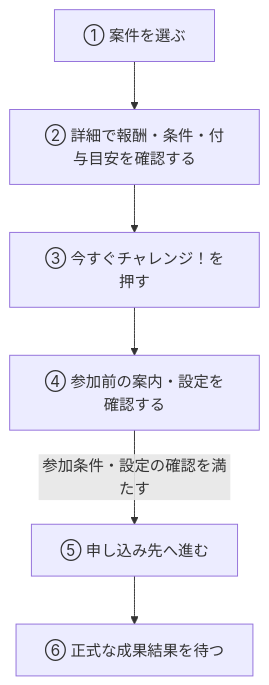
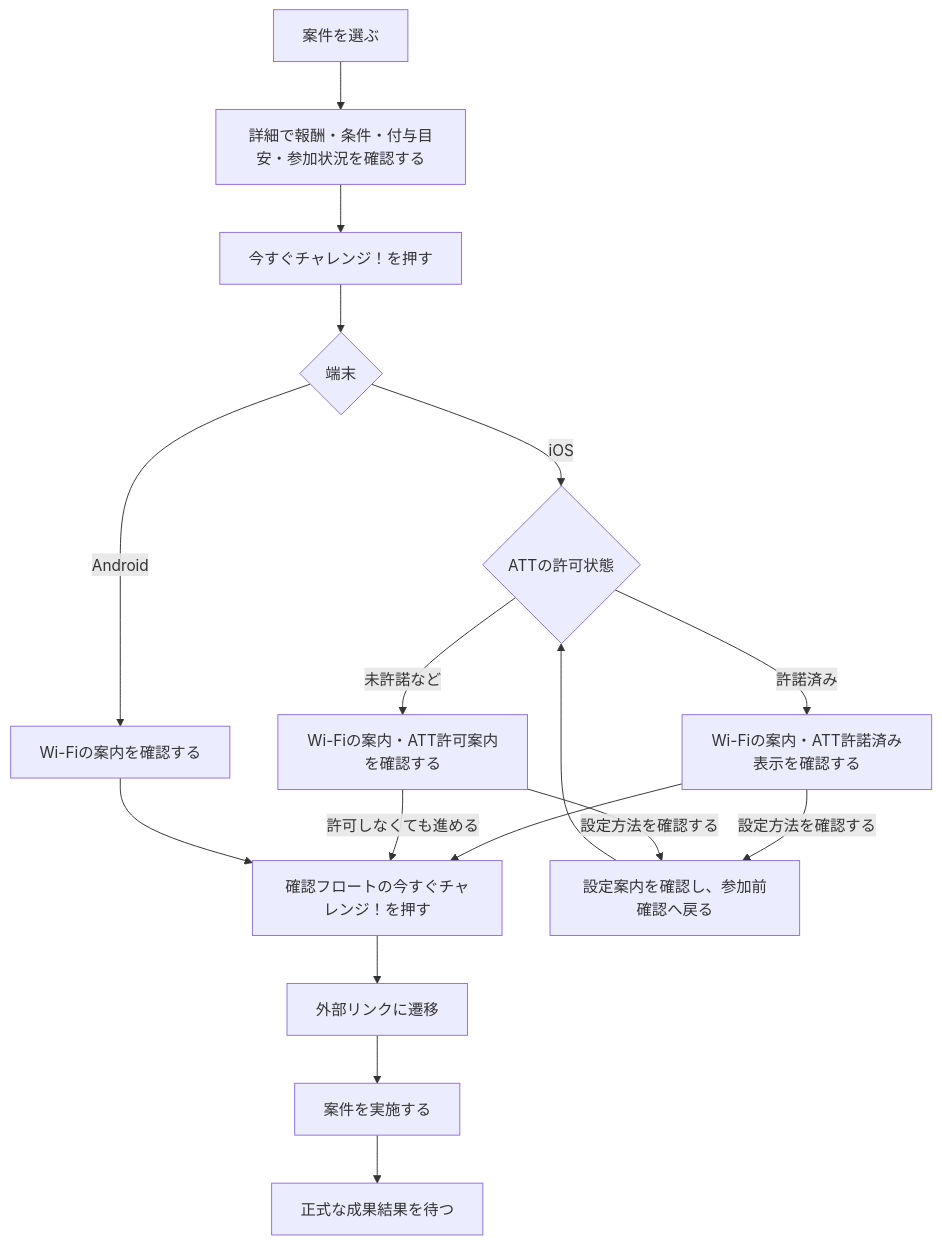
One commit to Min-Thu-Khant/pochipo-mock-en changed the diagram in docs/prd/features/F04-offer-entry.md. Above: the diagram before and after it, drawn with Mermaid. The commit also changed other lines of this file, not shown here.

````diff
--- a/docs/prd/features/F04-offer-entry.md
+++ b/docs/prd/features/F04-offer-entry.md
@@ -108,8 +102,19 @@
 ```mermaid
 flowchart TD
-  A0["① 案件を選ぶ"] --> A1["② 詳細で報酬・条件・付与目安を確認する"]
-  A1 --> A2["③ 今すぐチャレンジ！を押す"]
-  A2 --> A3["④ 参加前の案内・設定を確認する"]
-  A3 -->|参加条件・設定の確認を満たす| A4["⑤ 申し込み先へ進む"]
-  A4 --> A5["⑥ 正式な成果結果を待つ"]
+  A["案件を選ぶ"] --> B["詳細で報酬・条件・付与目安・参加状況を確認する"]
+  B --> C["今すぐチャレンジ！を押す"]
+  C --> D{"端末"}
+  D -->|iOS| E{"ATTの許可状態"}
+  E -->|許諾済み| F["Wi-Fiの案内・ATT許諾済み表示を確認する"]
+  E -->|未許諾など| G["Wi-Fiの案内・ATT許可案内を確認する"]
+  D -->|Android| H["Wi-Fiの案内を確認する"]
+  F --> I["確認フロートの今すぐチャレンジ！を押す"]
+  G -->|許可しなくても進める| I
+  H --> I
+  F -->|設定方法を確認する| J["設定案内を確認し、参加前確認へ戻る"]
+  G -->|設定方法を確認する| J
+  J --> E
+  I --> K["外部リンクに遷移"]
+  K --> L["案件を実施する"]
+  L --> M["正式な成果結果を待つ"]
 ```
````
